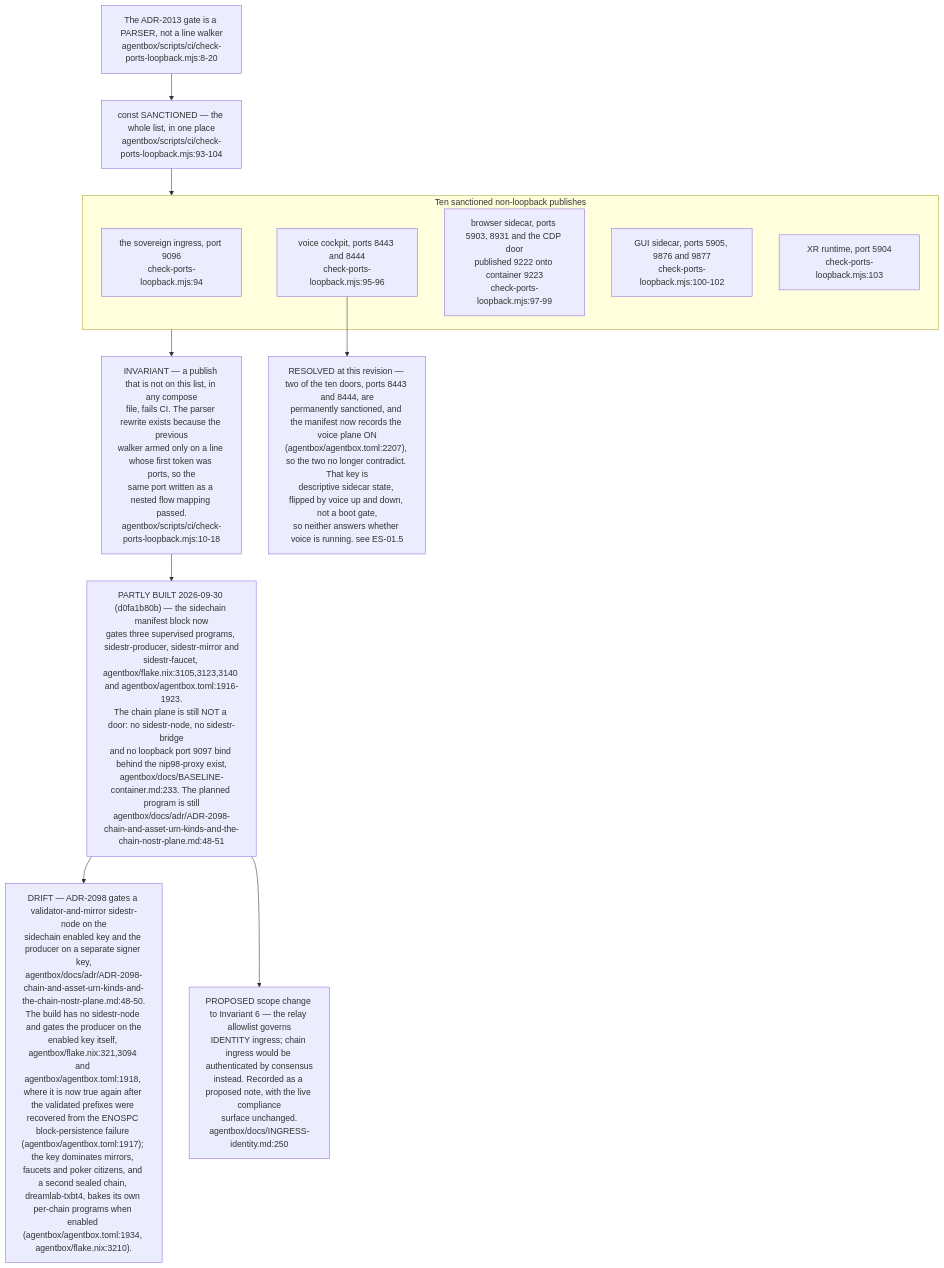
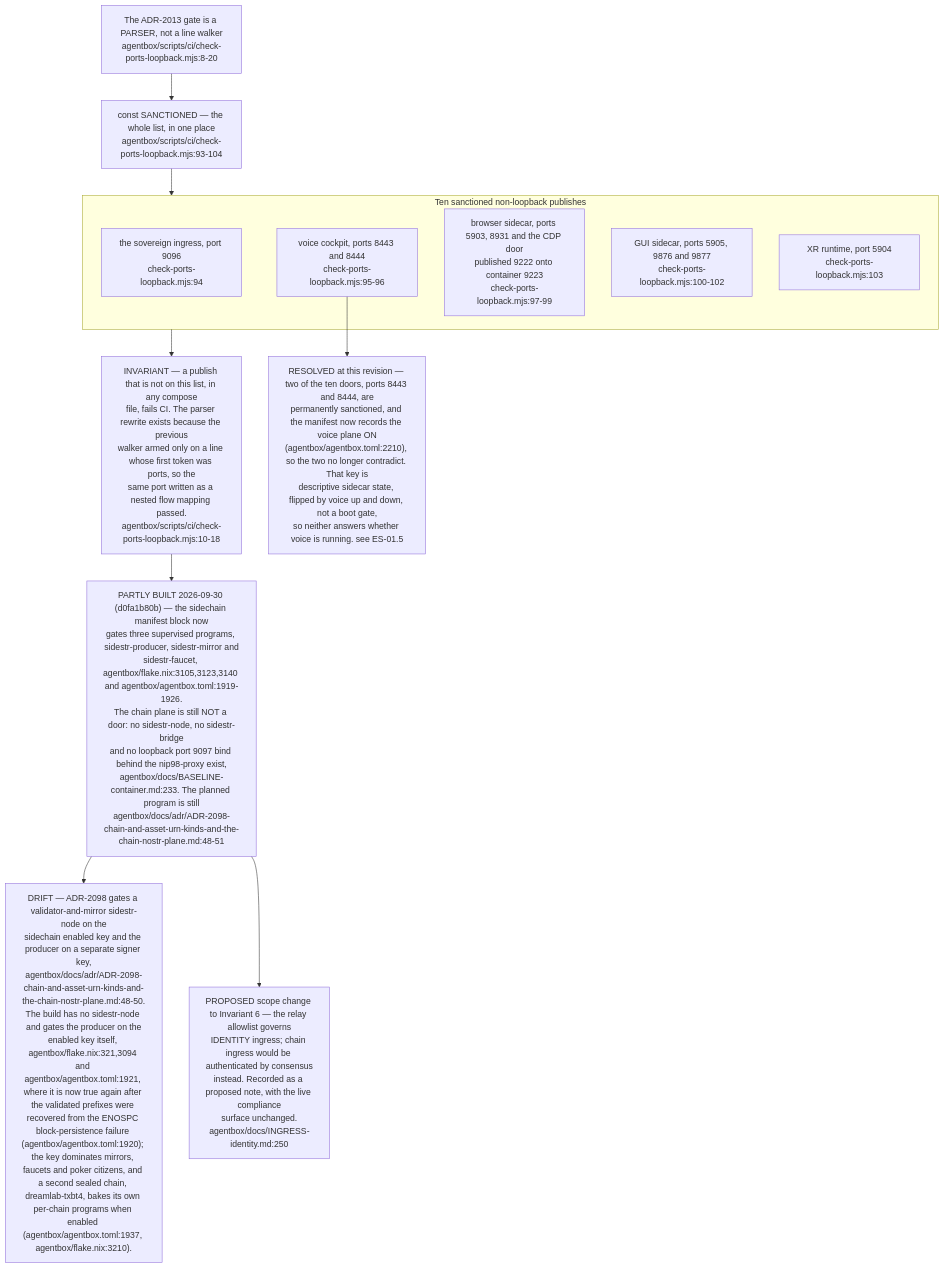
Before and after one commit to DreamLab-AI/VisionFlow: diagram 11 of 11 in docs/diagrams/estate/10-deployment-and-security-profiles.md, drawn with Mermaid. The commit also changed other lines of this file and 142 other files, not shown here.

First line of the commit message:
docs(diagrams): one System One route; re-verify 140 topics at today's heads

````diff
--- a/docs/diagrams/estate/10-deployment-and-security-profiles.md
+++ b/docs/diagrams/estate/10-deployment-and-security-profiles.md
@@ -442,29 +447,29 @@
 ```mermaid
 flowchart TB
     GATE["The ADR-2013 gate is a PARSER, not a line walker<br/>agentbox/scripts/ci/check-ports-loopback.mjs:8-20"]
     LIST["const SANCTIONED — the whole list, in one place<br/>agentbox/scripts/ci/check-ports-loopback.mjs:93-104"]
     GATE --> LIST
 
     subgraph DOORS["Ten sanctioned non-loopback publishes"]
         D0["the sovereign ingress, port 9096<br/>check-ports-loopback.mjs:94"]
         D1["voice cockpit, ports 8443 and 8444<br/>check-ports-loopback.mjs:95-96"]
         D2["browser sidecar, ports 5903, 8931 and the CDP door<br/>published 9222 onto container 9223<br/>check-ports-loopback.mjs:97-99"]
         D3["GUI sidecar, ports 5905, 9876 and 9877<br/>check-ports-loopback.mjs:100-102"]
         D4["XR runtime, port 5904<br/>check-ports-loopback.mjs:103"]
     end
     LIST --> DOORS
 
     INV["INVARIANT — a publish that is not on this list, in any compose<br/>file, fails CI. The parser rewrite exists because the previous<br/>walker armed only on a line whose first token was ports, so the<br/>same port written as a nested flow mapping passed.<br/>agentbox/scripts/ci/check-ports-loopback.mjs:10-18"]
     DOORS --> INV
 
-    PROP["PARTLY BUILT 2026-09-30 (d0fa1b80b) — the sidechain manifest block now<br/>gates three supervised programs, sidestr-producer, sidestr-mirror and<br/>sidestr-faucet, agentbox/flake.nix:3105,3123,3140 and agentbox/agentbox.toml:1916-1923.<br/>The chain plane is still NOT a door: no sidestr-node, no sidestr-bridge<br/>and no loopback port 9097 bind behind the nip98-proxy exist,<br/>agentbox/docs/BASELINE-container.md:233. The planned program is still<br/>agentbox/docs/adr/ADR-2098-chain-and-asset-urn-kinds-and-the-chain-nostr-plane.md:48-51"]
+    PROP["PARTLY BUILT 2026-09-30 (d0fa1b80b) — the sidechain manifest block now<br/>gates three supervised programs, sidestr-producer, sidestr-mirror and<br/>sidestr-faucet, agentbox/flake.nix:3105,3123,3140 and agentbox/agentbox.toml:1919-1926.<br/>The chain plane is still NOT a door: no sidestr-node, no sidestr-bridge<br/>and no loopback port 9097 bind behind the nip98-proxy exist,<br/>agentbox/docs/BASELINE-container.md:233. The planned program is still<br/>agentbox/docs/adr/ADR-2098-chain-and-asset-urn-kinds-and-the-chain-nostr-plane.md:48-51"]
     INV --> PROP
-    GATEDRIFT["DRIFT — ADR-2098 gates a validator-and-mirror sidestr-node on the<br/>sidechain enabled key and the producer on a separate signer key,<br/>agentbox/docs/adr/ADR-2098-chain-and-asset-urn-kinds-and-the-chain-nostr-plane.md:48-50.<br/>The build has no sidestr-node and gates the producer on the<br/>enabled key itself, agentbox/flake.nix:321,3094 and agentbox/agentbox.toml:1918, where it is now true again after the validated prefixes were recovered from the ENOSPC block-persistence failure (agentbox/agentbox.toml:1917); the key dominates mirrors, faucets and poker citizens, and a second sealed chain, dreamlab-txbt4, bakes its own per-chain programs when enabled (agentbox/agentbox.toml:1934, agentbox/flake.nix:3210)."]
+    GATEDRIFT["DRIFT — ADR-2098 gates a validator-and-mirror sidestr-node on the<br/>sidechain enabled key and the producer on a separate signer key,<br/>agentbox/docs/adr/ADR-2098-chain-and-asset-urn-kinds-and-the-chain-nostr-plane.md:48-50.<br/>The build has no sidestr-node and gates the producer on the<br/>enabled key itself, agentbox/flake.nix:321,3094 and agentbox/agentbox.toml:1921, where it is now true again after the validated prefixes were recovered from the ENOSPC block-persistence failure (agentbox/agentbox.toml:1920); the key dominates mirrors, faucets and poker citizens, and a second sealed chain, dreamlab-txbt4, bakes its own per-chain programs when enabled (agentbox/agentbox.toml:1937, agentbox/flake.nix:3210)."]
     PROP --> GATEDRIFT
 
     NARROW["PROPOSED scope change to Invariant 6 — the relay allowlist governs<br/>IDENTITY ingress; chain ingress would be authenticated by consensus<br/>instead. Recorded as a proposed note, with the live compliance<br/>surface unchanged.<br/>agentbox/docs/INGRESS-identity.md:250"]
     PROP --> NARROW
 
-    TENSION["RESOLVED at this revision — two of the ten doors, ports 8443 and 8444, are<br/>permanently sanctioned, and the manifest now records the voice plane ON<br/>(agentbox/agentbox.toml:2207), so the two no longer contradict. That key is<br/>descriptive sidecar state, flipped by voice up and down, not a boot gate,<br/>so neither answers whether voice is running. see ES-01.5"]
+    TENSION["RESOLVED at this revision — two of the ten doors, ports 8443 and 8444, are<br/>permanently sanctioned, and the manifest now records the voice plane ON<br/>(agentbox/agentbox.toml:2210), so the two no longer contradict. That key is<br/>descriptive sidecar state, flipped by voice up and down, not a boot gate,<br/>so neither answers whether voice is running. see ES-01.5"]
     D1 --> TENSION
 ```
````
